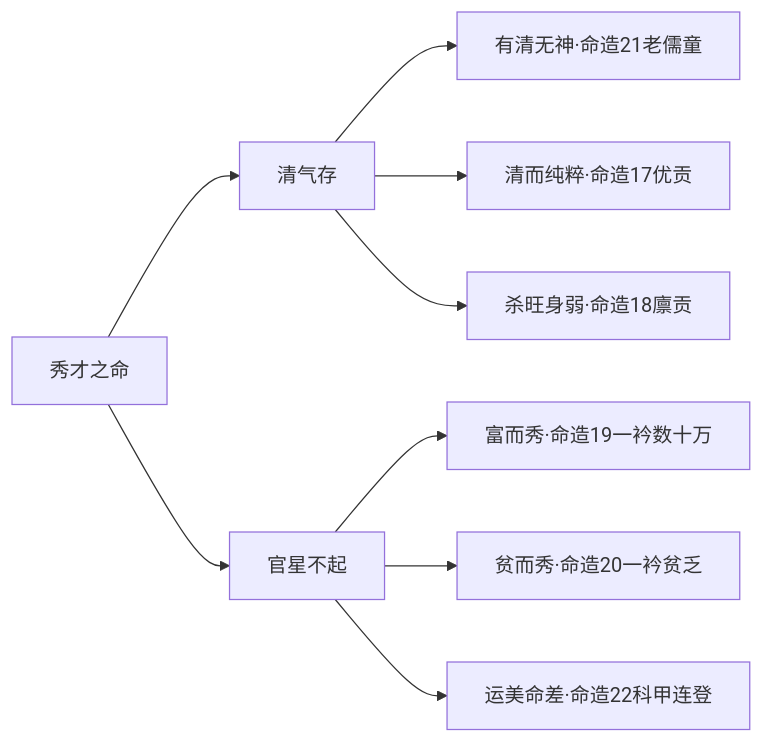
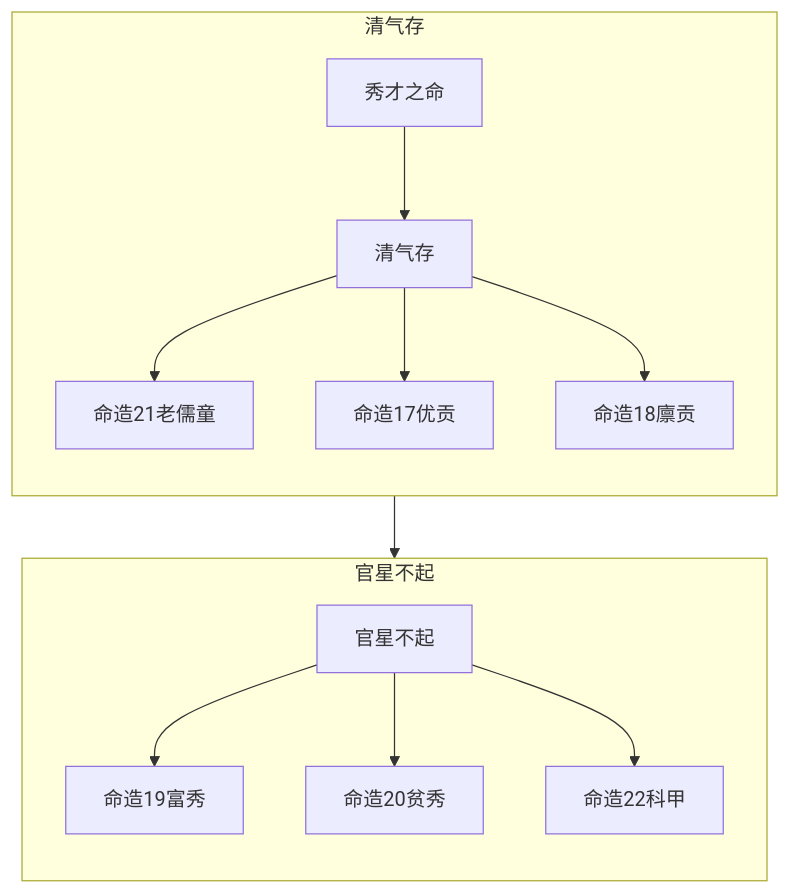
Before and after one commit to Banny-Gao/mingli-research: the third of 4 diagrams in books/滴天髓阐微/articles/出身/interpretation.md, drawn with Mermaid. The commit also changed other lines of this file and 41 other files, not shown here.

````diff
--- a/books/滴天髓阐微/articles/出身/interpretation.md
+++ b/books/滴天髓阐微/articles/出身/interpretation.md
@@ -384,11 +441,20 @@
 ```mermaid
-flowchart LR
-    A[秀才之命] --> A1[清气存]
-    A --> A2[官星不起]
-    A1 --> A3[有清无神·命造21老儒童]
-    A1 --> A4[清而纯粹·命造17优贡]
-    A1 --> A5[杀旺身弱·命造18廪贡]
-    A2 --> B1[富而秀·命造19一衿数十万]
-    A2 --> B2[贫而秀·命造20一衿贫乏]
-    A2 --> B3[运美命差·命造22科甲连登]
+flowchart TD
+    A[秀才之命]
+
+    subgraph CLEAR["清气存"]
+        direction TD
+        A --> A1[清气存]
+        A1 --> A3[命造21老儒童]
+        A1 --> A4[命造17优贡]
+        A1 --> A5[命造18廪贡]
+    end
+
+    subgraph NORANK["官星不起"]
+        direction TD
+        A --> A2[官星不起]
+        A2 --> B1[命造19富秀]
+        A2 --> B2[命造20贫秀]
+        A2 --> B3[命造22科甲]
+    end
 ```
````
